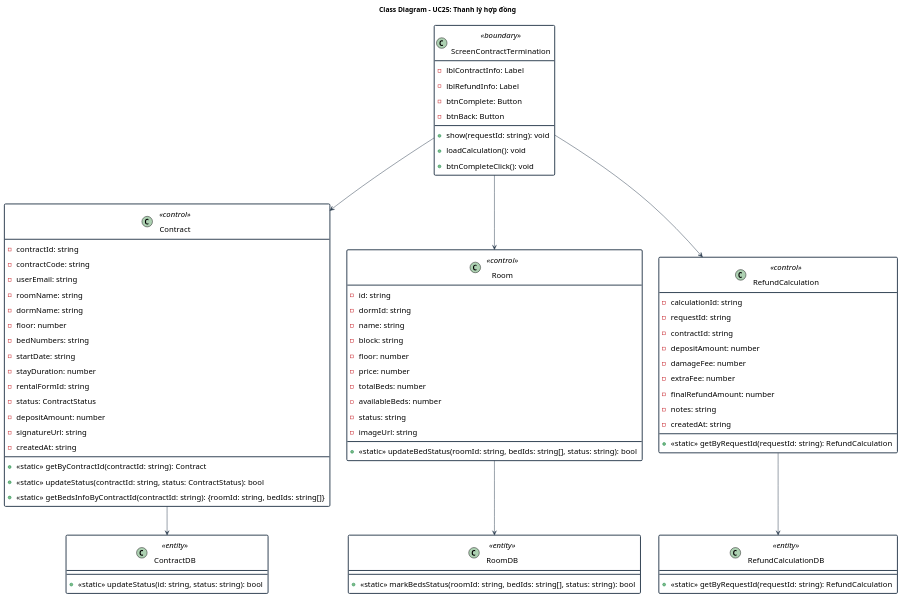
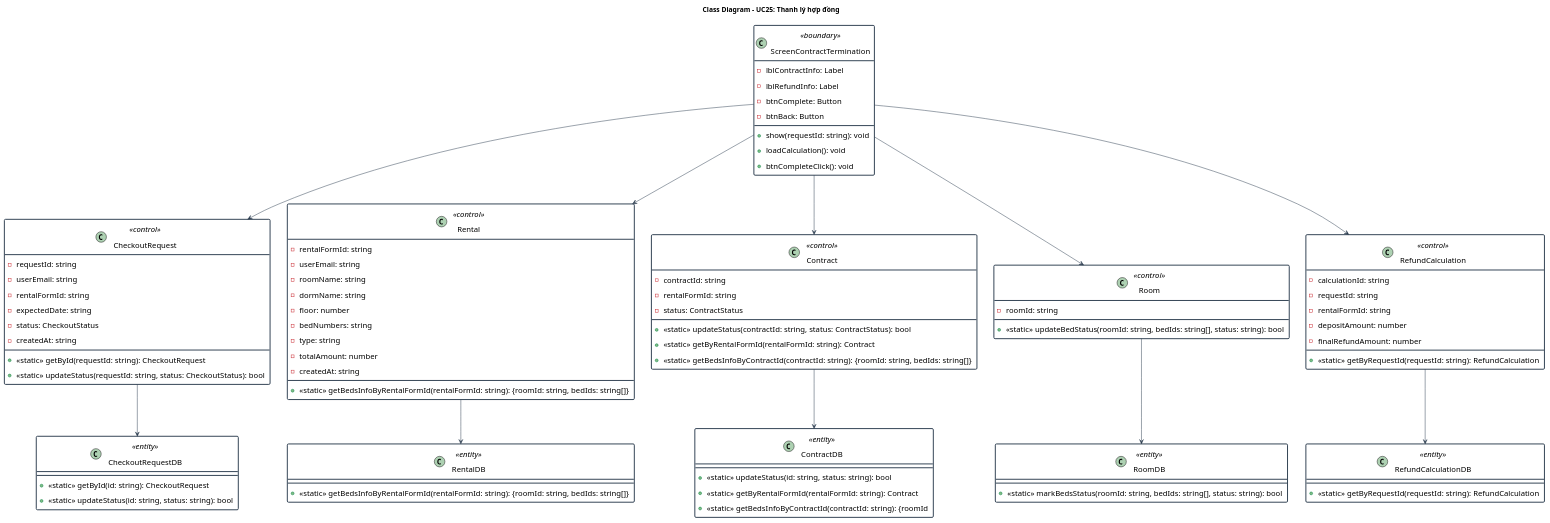
The diagram in doc/system/thanh_ly_hop_dong/ThanhLyHopDong_ClassDiagram.wsd (Gnourt812005/HCMUS-Analyze-and-desgin-IS), drawn with PlantUML before and after one commit. The commit also changed 10 other files, not shown here.

Commit message:
quangdo/diagram: adjusted diagrams to match code

```diff
--- a/doc/system/thanh_ly_hop_dong/ThanhLyHopDong_ClassDiagram.wsd
+++ b/doc/system/thanh_ly_hop_dong/ThanhLyHopDong_ClassDiagram.wsd
@@ -1,91 +1,106 @@
 @startuml ThanhLyHopDong_ClassDiagram
 title Class Diagram - UC25: Thanh lý hợp đồng
 
 skinparam {
     ClassBackgroundColor White
     ArrowColor #2D3E50
     ClassBorderColor #2D3E50
     DefaultFontName "Arial"
     DefaultFontSize 16
     ClassBorderThickness 2
     StereotypeFontColor #2D3E50
     Padding 5
 }
 
 class "ScreenContractTermination" as ContractLiquidationScreen <<boundary>> {
   - lblContractInfo: Label
   - lblRefundInfo: Label
   - btnComplete: Button
   - btnBack: Button
   + show(requestId: string): void
   + loadCalculation(): void
   + btnCompleteClick(): void
 }
 
-class "Contract" as Contract <<control>> {
-  - contractId: string
-  - contractCode: string
+class "CheckoutRequest" as CheckoutRequest <<control>> {
+  - requestId: string
+  - userEmail: string
+  - rentalFormId: string
+  - expectedDate: string
+  - status: CheckoutStatus
+  - createdAt: string
+  + <<static>> getById(requestId: string): CheckoutRequest 
+  + <<static>> updateStatus(requestId: string, status: CheckoutStatus): bool
+}
+
+class "CheckoutRequestDB" as CheckoutRequestDB <<entity>> {
+  + <<static>> getById(id: string): CheckoutRequest
+  + <<static>> updateStatus(id: string, status: string): bool
+}
+
+class "Rental" as Rental <<control>> {
+  - rentalFormId: string
   - userEmail: string
   - roomName: string
   - dormName: string
   - floor: number
   - bedNumbers: string
-  - startDate: string
-  - stayDuration: number
+  - type: string
+  - totalAmount: number
+  - createdAt: string
+  + <<static>> getBedsInfoByRentalFormId(rentalFormId: string): {roomId: string, bedIds: string[]}
+}
+
+class "RentalDB" as RentalDB <<entity>> {
+  + <<static>> getBedsInfoByRentalFormId(rentalFormId: string): {roomId: string, bedIds: string[]}
+}
+
+class "Contract" as Contract <<control>> {
+  - contractId: string
   - rentalFormId: string
   - status: ContractStatus
-  - depositAmount: number
-  - signatureUrl: string
-  - createdAt: string
-  + <<static>> getByContractId(contractId: string): Contract 
   + <<static>> updateStatus(contractId: string, status: ContractStatus): bool
-  + <<static>> getBedsInfoByContractId(contractId: string): {roomId: string, bedIds: string[]} 
+  + <<static>> getByRentalFormId(rentalFormId: string): Contract 
+  + <<static>> getBedsInfoByContractId(contractId: string): {roomId: string, bedIds: string[]}
 }
 
 class "ContractDB" as ContractDB <<entity>> {
   + <<static>> updateStatus(id: string, status: string): bool
+  + <<static>> getByRentalFormId(rentalFormId: string): Contract
+  + <<static>> getBedsInfoByContractId(contractId: string): {roomId
 }
 
 class "Room" as Room <<control>> {
-  - id: string
-  - dormId: string
-  - name: string
-  - block: string
-  - floor: number
-  - price: number
-  - totalBeds: number
-  - availableBeds: number
-  - status: string
-  - imageUrl: string
+  - roomId: string
   + <<static>> updateBedStatus(roomId: string, bedIds: string[], status: string): bool
 }
 
 class "RoomDB" as RoomDB <<entity>> {
   + <<static>> markBedsStatus(roomId: string, bedIds: string[], status: string): bool
 }
 
 class "RefundCalculation" as RefundCalculation <<control>> {
   - calculationId: string
   - requestId: string
-  - contractId: string
+  - rentalFormId: string
   - depositAmount: number
-  - damageFee: number
-  - extraFee: number
   - finalRefundAmount: number
-  - notes: string
-  - createdAt: string
   + <<static>> getByRequestId(requestId: string): RefundCalculation 
 }
 
 class "RefundCalculationDB" as RefundCalculationDB <<entity>> {
   + <<static>> getByRequestId(requestId: string): RefundCalculation
 }
 
+ContractLiquidationScreen --> CheckoutRequest
+CheckoutRequest --> CheckoutRequestDB
 ContractLiquidationScreen --> Contract
+Contract --> ContractDB
+ContractLiquidationScreen --> Rental
+Rental --> RentalDB
 ContractLiquidationScreen --> RefundCalculation
-Contract --> ContractDB
+RefundCalculation --> RefundCalculationDB
 ContractLiquidationScreen --> Room
 Room --> RoomDB
-RefundCalculation --> RefundCalculationDB
 
 @enduml
```
